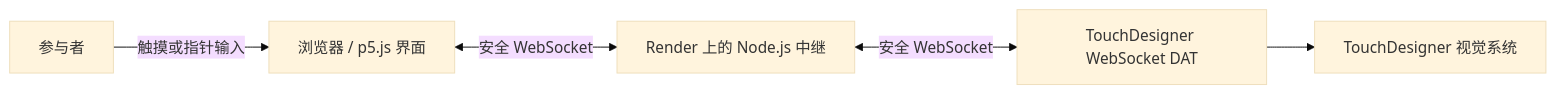
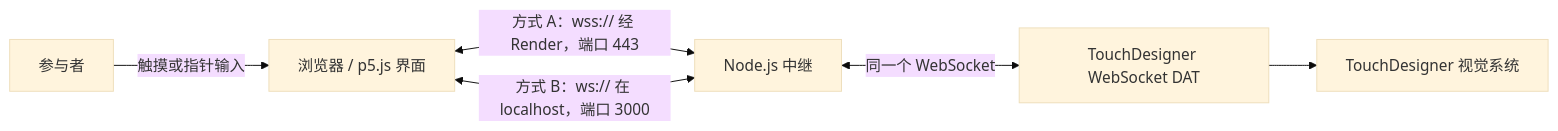
The diagram in README.zh-CN.md (Yeri10/Inkward_Bound), drawn with Mermaid (base theme) before and after one commit. The commit also changed other lines of this file and 3 other files, not shown here.

````diff
--- a/README.zh-CN.md
+++ b/README.zh-CN.md
@@ -25,7 +76,8 @@
 ```mermaid
 flowchart LR
-    A[浏览器 / p5.js 界面] <-->|安全 WebSocket| B[Render 上的 Node.js 中继]
-    B <-->|安全 WebSocket| C[TouchDesigner WebSocket DAT]
-    U[参与者] -->|触摸或指针输入| A
+    U[参与者] -->|触摸或指针输入| A[浏览器 / p5.js 界面]
+    A <-->|"方式 A：wss:// 经 Render，端口 443"| B[Node.js 中继]
+    A <-->|"方式 B：ws:// 在 localhost，端口 3000"| B
+    B <-->|同一个 WebSocket| C[TouchDesigner WebSocket DAT]
     C --> D[TouchDesigner 视觉系统]
 ```
````
